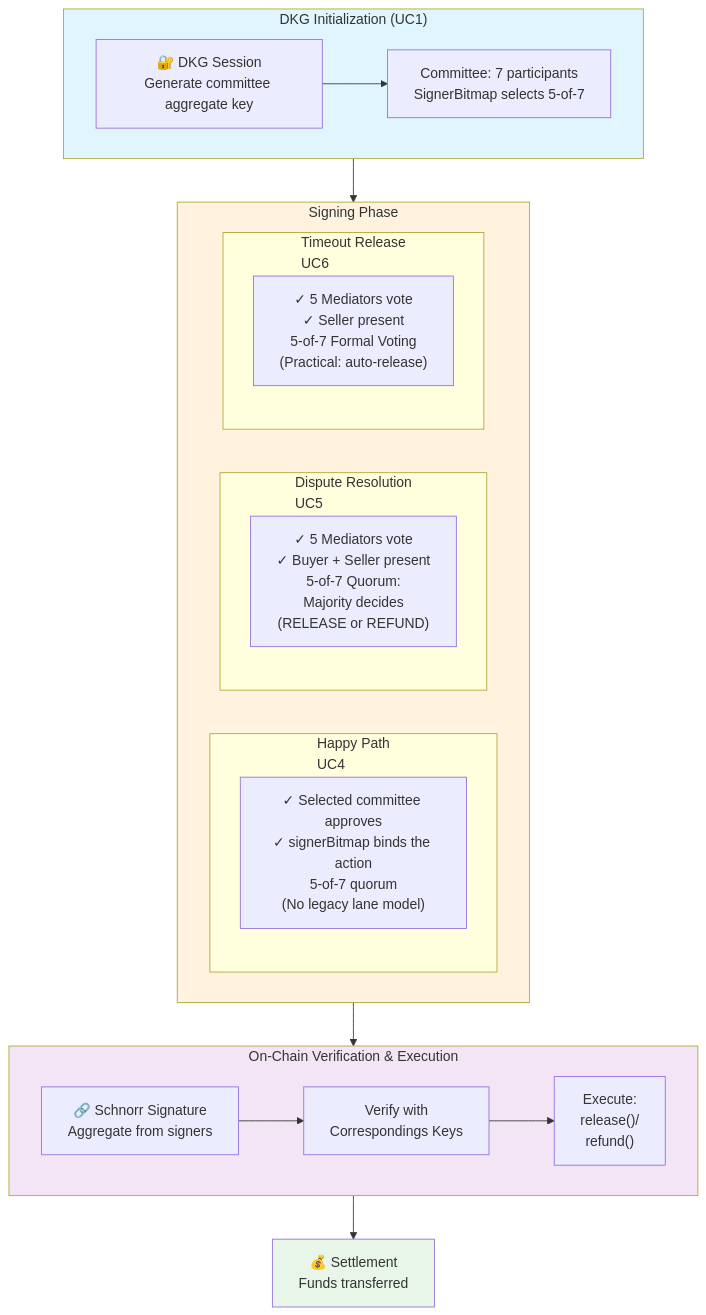
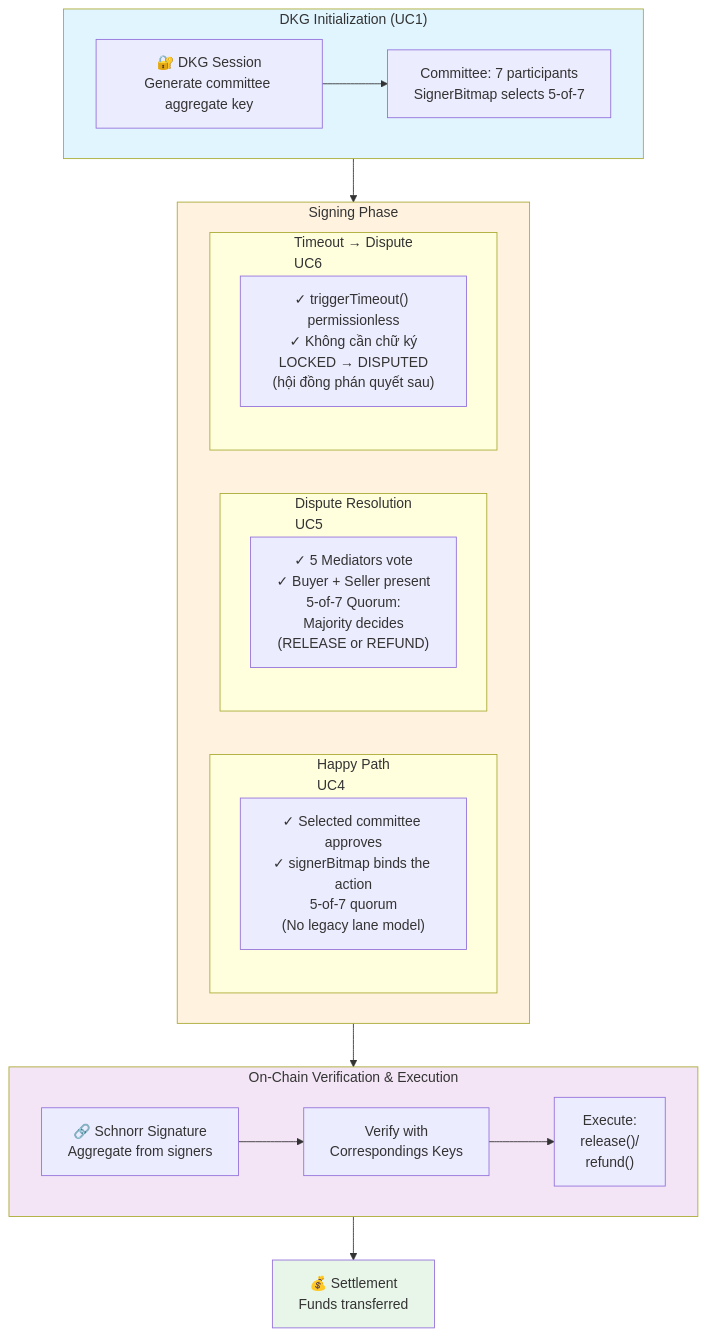
One commit to qnm1903/KLTN changed the third of 8 diagrams in docs/use-cases-and-user-stories.md. Above: the diagram before and after it, drawn with Mermaid. The commit also changed other lines of this file and 23 other files, not shown here.

````diff
--- a/docs/use-cases-and-user-stories.md
+++ b/docs/use-cases-and-user-stories.md
@@ -78,41 +78,41 @@
 ```mermaid
 graph TB
     subgraph DKGPhase["DKG Initialization (UC1)"]
         direction LR
         DKG["🔐 DKG Session<br/>Generate committee aggregate key"]
         Committee["Committee: 7 participants<br/>SignerBitmap selects 5-of-7"]
         DKG --> Committee
     end
     
     subgraph SigningPhase["Signing Phase"]
         direction LR
         subgraph ScenarioA["Happy Path<br/>UC4"]
             S1["✓ Selected committee approves<br/>✓ signerBitmap binds the action<br/>5-of-7 quorum<br/>(No legacy lane model)"]
         end
         
         subgraph ScenarioB["Dispute Resolution<br/>UC5"]
             S2["✓ 5 Mediators vote<br/>✓ Buyer + Seller present<br/>5-of-7 Quorum:<br/>Majority decides<br/>(RELEASE or REFUND)"]
         end
         
-        subgraph ScenarioC["Timeout Release<br/>UC6"]
-            S3["✓ 5 Mediators vote<br/>✓ Seller present<br/>5-of-7 Formal Voting<br/>(Practical: auto-release)"]
+        subgraph ScenarioC["Timeout → Dispute<br/>UC6"]
+            S3["✓ triggerTimeout() permissionless<br/>✓ Không cần chữ ký<br/>LOCKED → DISPUTED<br/>(hội đồng phán quyết sau)"]
         end
     end
     
     subgraph VerifyPhase["On-Chain Verification & Execution"]
         direction LR
         Schnorr["🔗 Schnorr Signature<br/>Aggregate from signers"]
         Verify["Verify with<br/>Correspondings Keys"]
         Execute["Execute:<br/>release()/<br/>refund()"]
         Schnorr --> Verify --> Execute
     end
     
     DKGPhase --> SigningPhase
     SigningPhase --> VerifyPhase
     Execute --> Settlement["💰 Settlement<br/>Funds transferred"]
     
     style DKGPhase fill:#e1f5ff
     style SigningPhase fill:#fff3e0
     style VerifyPhase fill:#f3e5f5
     style Settlement fill:#e8f5e9
 ```
````
